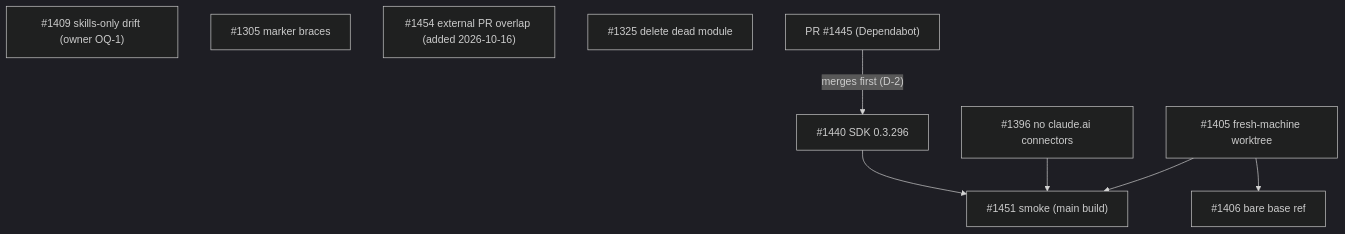
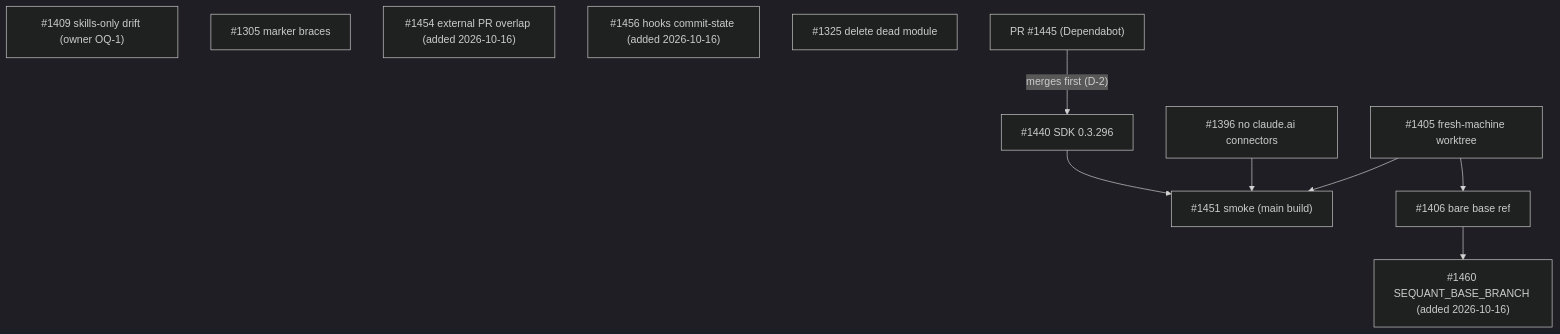
One commit to sequant-io/sequant changed the diagram in docs/internal/graph-2026-10-freeze-b/issue-graph.md. Above: the diagram before and after it, drawn with Mermaid (dark theme). The commit also changed other lines of this file and 3 other files, not shown here.

First line of the commit message:
docs(graph): add #1456 and #1460 to graph-2026-10-freeze-b (#1462)

````diff
--- a/docs/internal/graph-2026-10-freeze-b/issue-graph.md
+++ b/docs/internal/graph-2026-10-freeze-b/issue-graph.md
@@ -28,12 +30,14 @@
 ```mermaid
 graph TD
   N1440["#1440 SDK 0.3.296"] --> N1451["#1451 smoke (main build)"]
   N1396["#1396 no claude.ai connectors"] --> N1451
   N1405["#1405 fresh-machine worktree"] --> N1451
   N1405 --> N1406["#1406 bare base ref"]
+  N1406 --> N1460["#1460 SEQUANT_BASE_BRANCH (added 2026-10-16)"]
   N1409["#1409 skills-only drift (owner OQ-1)"]
   N1305["#1305 marker braces"]
   N1454["#1454 external PR overlap (added 2026-10-16)"]
+  N1456["#1456 hooks commit-state (added 2026-10-16)"]
   N1325["#1325 delete dead module"]
   N1445["PR #1445 (Dependabot)"] -- "merges first (D-2)" --> N1440
 ```
````
